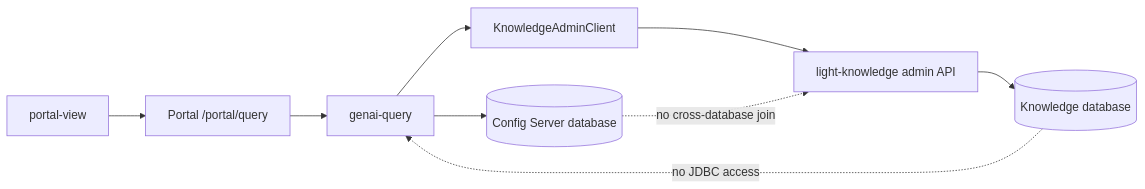
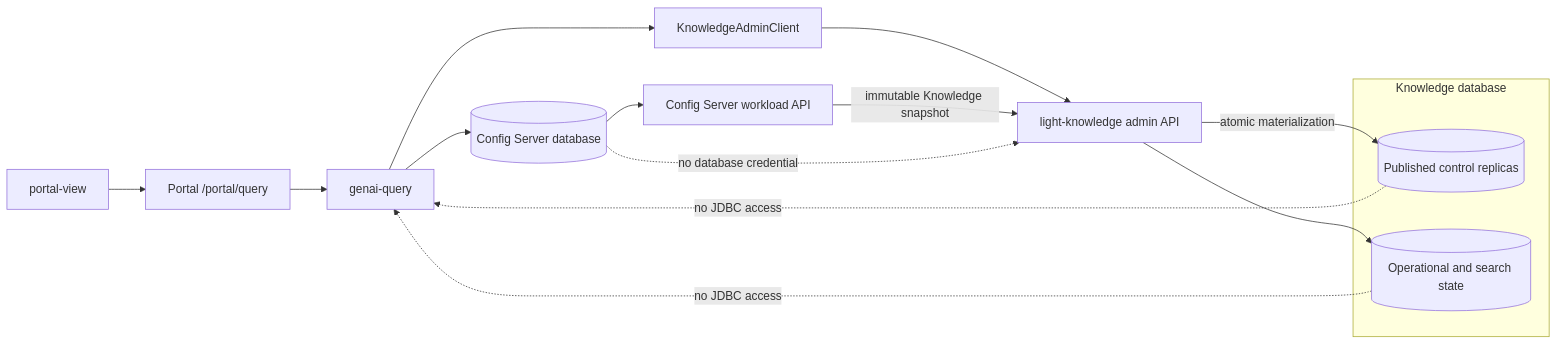
One commit to lightapi/light-portal-doc changed the second of 2 diagrams in src/design/light-knowledge/portal-operational-query-boundary.md. Above: the diagram before and after it, drawn with Mermaid. The commit also changed other lines of this file and 3 other files, not shown here.

Commit message:
docs(knowledge): define operational query boundary

````diff
--- a/src/design/light-knowledge/portal-operational-query-boundary.md
+++ b/src/design/light-knowledge/portal-operational-query-boundary.md
@@ -150,17 +177,23 @@
 ```mermaid
 flowchart LR
     UI[portal-view]
     PQ[Portal /portal/query]
     GQ[genai-query]
     KC[KnowledgeAdminClient]
     LK[light-knowledge admin API]
+    CS[Config Server workload API]
     CDB[(Config Server database)]
-    KDB[(Knowledge database)]
+    subgraph KDB[Knowledge database]
+        CR[(Published control replicas)]
+        OP[(Operational and search state)]
+    end
 
     UI --> PQ --> GQ
     GQ --> CDB
-    GQ --> KC --> LK --> KDB
+    GQ --> KC --> LK --> OP
+    CDB --> CS -->|immutable Knowledge snapshot| LK -->|atomic materialization| CR
 
-    KDB -. no JDBC access .-> GQ
-    CDB -. no cross-database join .-> LK
+    CR -. no JDBC access .-> GQ
+    OP -. no JDBC access .-> GQ
+    CDB -. no database credential .-> LK
 ```
````
